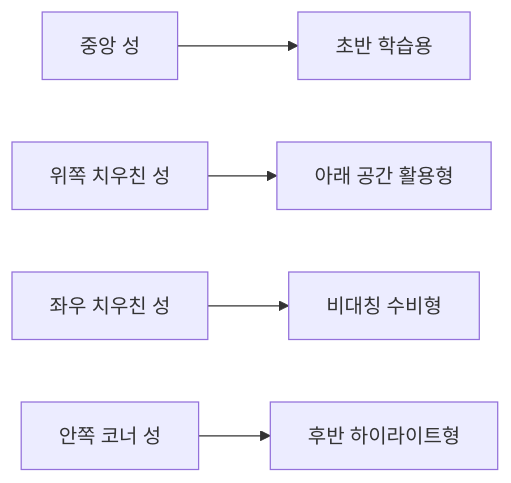
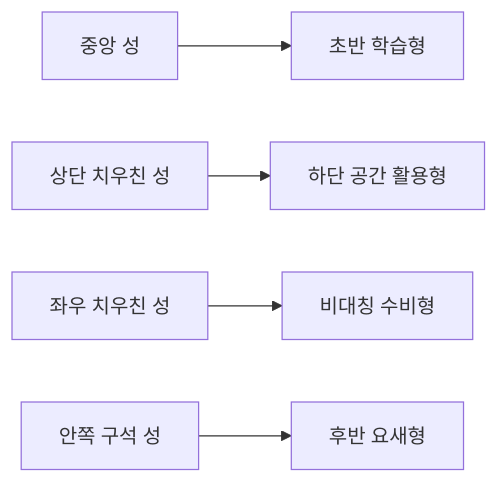
One commit to leeminq1/flutter_game_depense_hero changed the second of 4 diagrams in docs/design-docs/map-authoring/visual-guide.md. Above: the diagram before and after it, drawn with Mermaid. The commit also changed other lines of this file and 3 other files, not shown here.

````diff
--- a/docs/design-docs/map-authoring/visual-guide.md
+++ b/docs/design-docs/map-authoring/visual-guide.md
@@ -35,7 +32,7 @@
 ```mermaid
 flowchart LR
-    A["중앙 성"] --> B["초반 학습용"]
-    C["위쪽 치우친 성"] --> D["아래 공간 활용형"]
+    A["중앙 성"] --> B["초반 학습형"]
+    C["상단 치우친 성"] --> D["하단 공간 활용형"]
     E["좌우 치우친 성"] --> F["비대칭 수비형"]
-    G["안쪽 코너 성"] --> H["후반 하이라이트형"]
+    G["안쪽 구석 성"] --> H["후반 요새형"]
 ```
````
